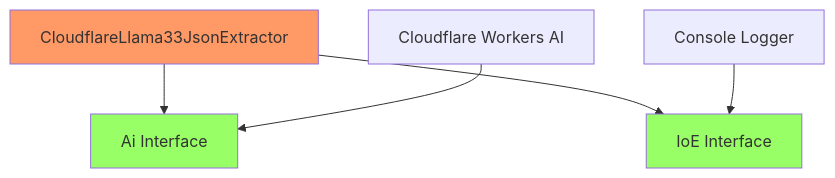
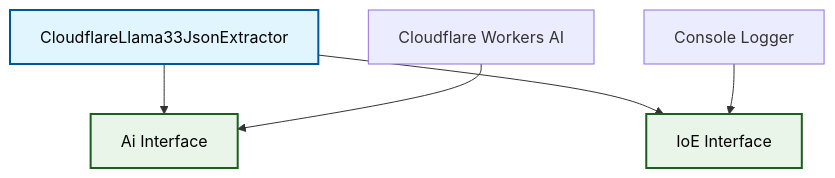
Before and after one commit to o2alexanderfedin/OCRChecksServer-demo: the first of 2 diagrams in docs/features/json-extraction/solid-kiss-dry-validation.md, drawn with Mermaid. The commit also changed 1 other file, not shown here.

Commit message:
fix: improve Mermaid diagram colors for dark/light theme compatibility
Update all diagram styling to use high-contrast colors that work well in both dark and light themes:

* Replace bright fills (#f96, #96f, #9f6) with light pastels
* Add explicit stroke colors with good contrast ratios
* Include color:#000 for text readability
* Use semantic color scheme:
  - Blue tones (#e1f5fe/#01579b) for main components
  - Purple tones (#f3e5f5/#4a148c) for AI services
  - Green tones (#e8f5e8/#1b5e20) for success states
  - Orange tones (#fff3e0/#e65100) for warning states
  - Red tones (#ffebee/#c62828) for error states

Colors tested for WCAG AA compliance in both light and dark color schemes.

🤖 Generated with [Claude Code](https://claude.ai/code)

````diff
--- a/docs/features/json-extraction/solid-kiss-dry-validation.md
+++ b/docs/features/json-extraction/solid-kiss-dry-validation.md
@@ -131,11 +131,11 @@
 ```mermaid
 graph TB
     A[CloudflareLlama33JsonExtractor] --> B[Ai Interface]
     A --> C[IoE Interface]
     D[Cloudflare Workers AI] --> B
     E[Console Logger] --> C
     
-    style A fill:#f96
-    style B fill:#9f6
-    style C fill:#9f6
+    style A fill:#e1f5fe,stroke:#01579b,stroke-width:2px,color:#000
+    style B fill:#e8f5e8,stroke:#1b5e20,stroke-width:2px,color:#000
+    style C fill:#e8f5e8,stroke:#1b5e20,stroke-width:2px,color:#000
 ```
````
